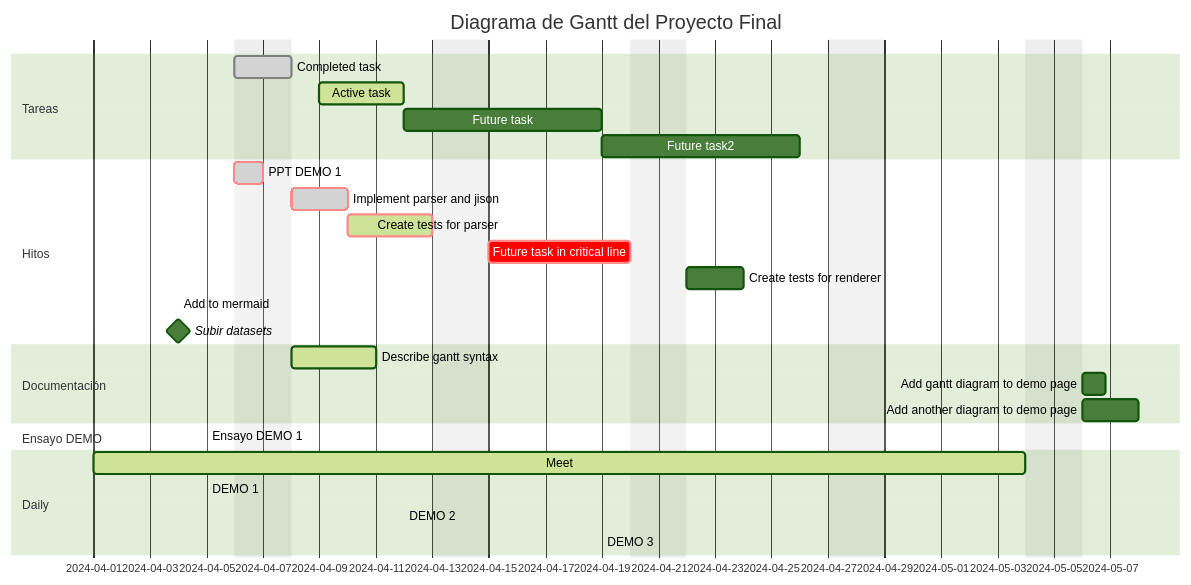
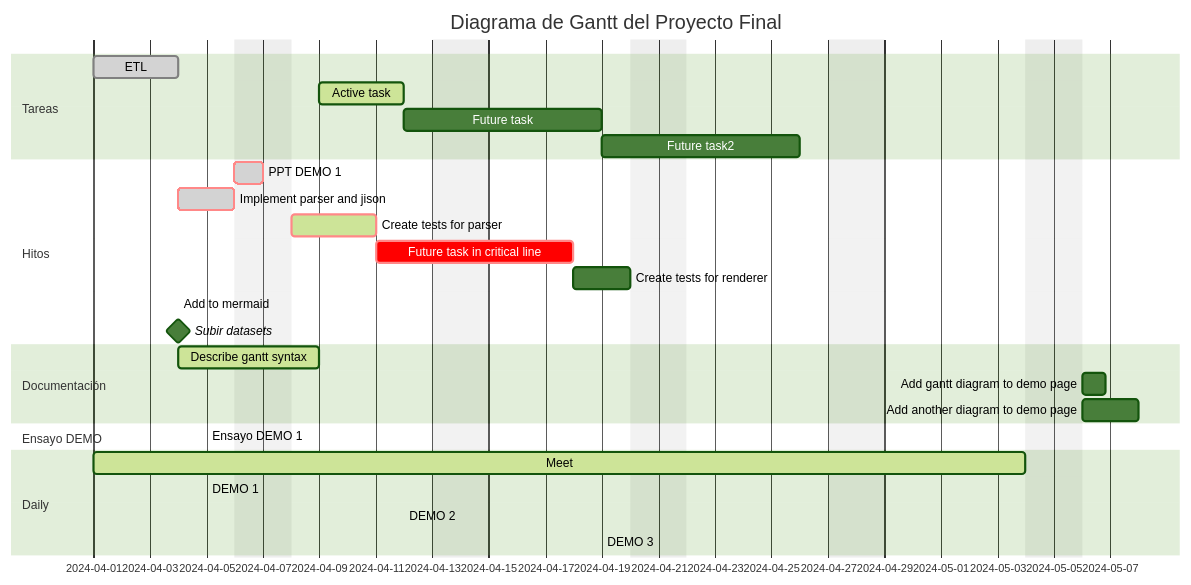
The first of 2 diagrams in README.md (marceloyuba/SDT), drawn with Mermaid (forest theme) before and after one commit.

````diff
--- a/README.md
+++ b/README.md
@@ -7,38 +7,38 @@
 ```mermaid
 gantt
    
     dateFormat  YYYY-MM-DD
     title       Diagrama de Gantt del Proyecto Final
     excludes    weekends
     %% (`excludes` accepts specific dates in YYYY-MM-DD format, days of the week ("sunday") or "weekends", but not the word "weekdays".)
 
     section Tareas
-    Completed task            :done,    des1, 2024-04-06,2024-04-08
+    ETL                       :done,    des1, 2024-04-01,2024-04-04
     Active task               :active,  des2, 2024-04-09, 3d
     Future task               :         des3, after des2, 5d
     Future task2              :         des4, after des3, 5d
 
     section Hitos
     PPT DEMO 1                          :crit, done, 2024-04-06,24h
     Implement parser and jison          :crit, done, after des1, 2d
     Create tests for parser             :crit, active, 3d
     Future task in critical line        :crit, 5d
     Create tests for renderer           :2d
     Add to mermaid                      :until isadded
     Subir datasets                      :milestone, isadded, 2024-04-04, 0d
 
     section Documentación
     Describe gantt syntax               :active, a1, after des1, 3d
     Add gantt diagram to demo page      :after a1  , 20h
     Add another diagram to demo page    :doc1, after a1  , 48h
 
     section Ensayo DEMO
     Ensayo DEMO 1                       :done, after 2024-04-05, 0d
 
     section Daily
     Meet                               :active, a1, 2024-04-01, 25d
     DEMO 1                             :after a1, 2024-04-05, 0d
     DEMO 2                             :after Meet, 2024-04-12, 0d
     DEMO 3                             :after DEMO 2, 2024-04-19, 0d
 
 ```
````
